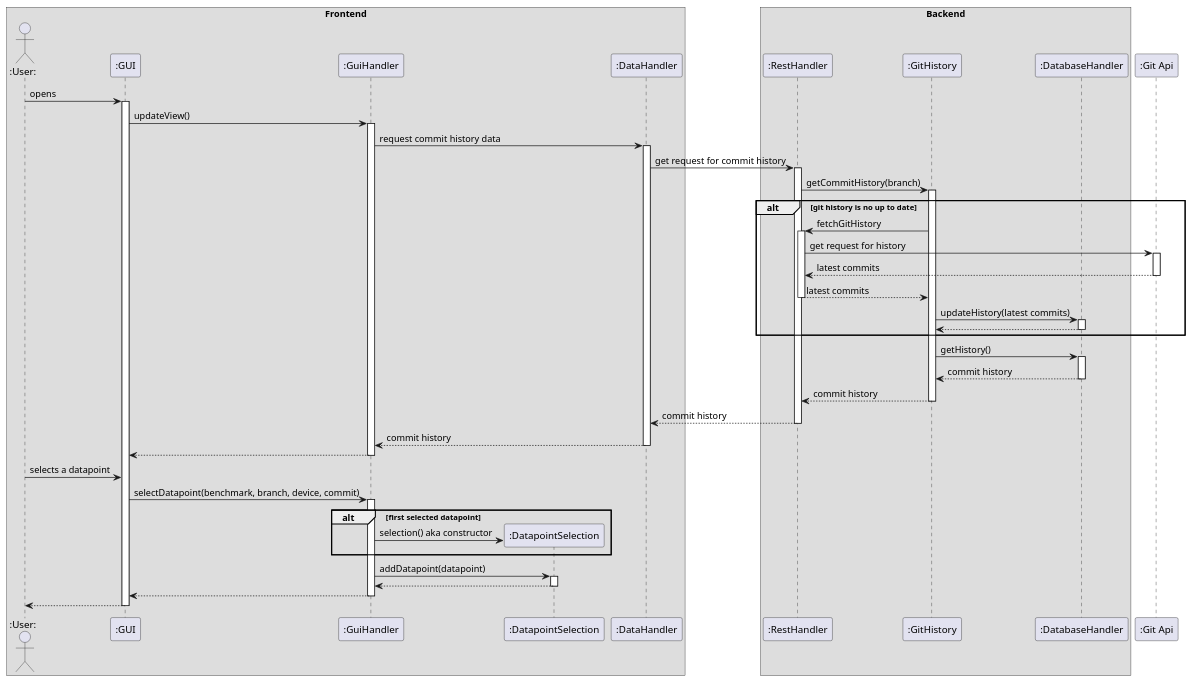
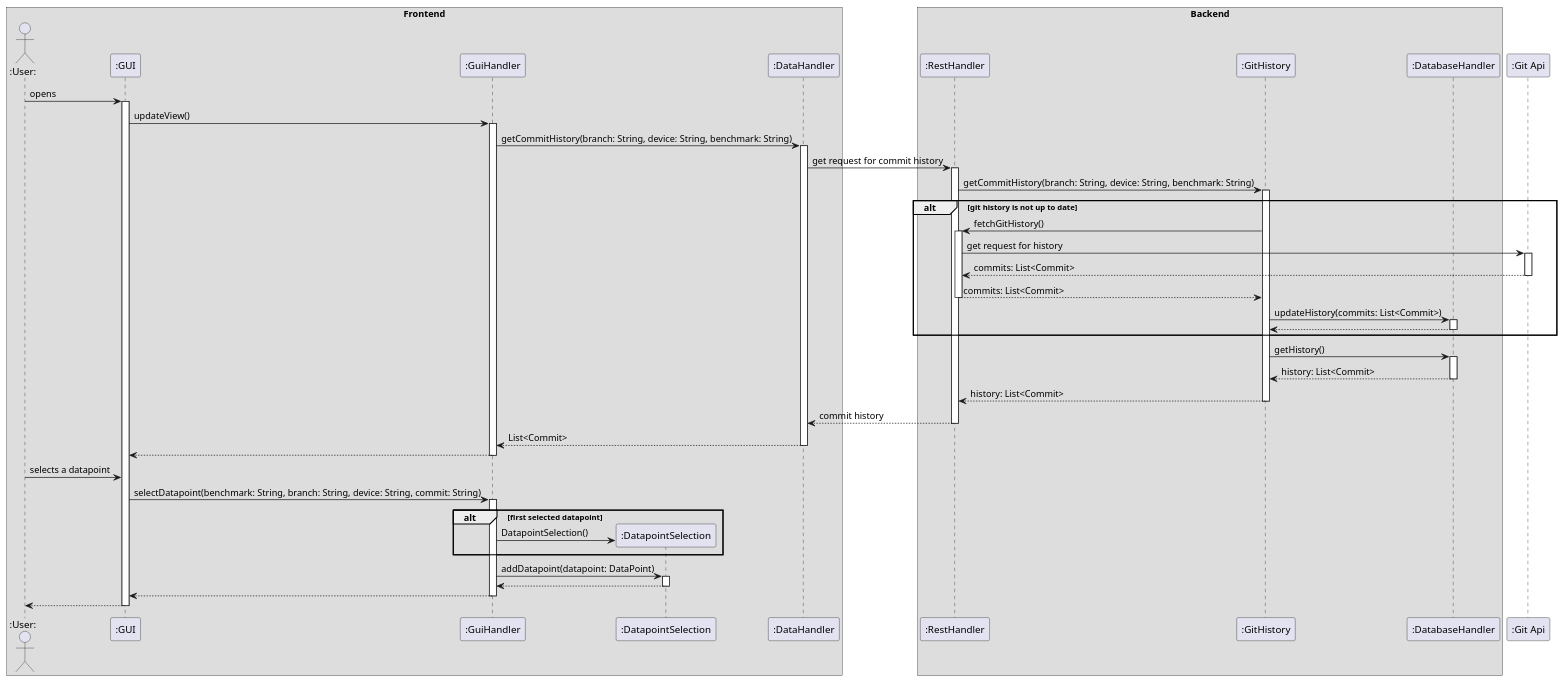
One commit to pse-parkview/Parkview changed the diagram in Design/plantuml/FR1.puml. Above: the diagram before and after it, drawn with PlantUML.

Commit message:
adds function names with paramters to calls

```diff
--- a/Design/plantuml/FR1.puml
+++ b/Design/plantuml/FR1.puml
@@ -1,60 +1,58 @@
 @startuml FR1
 
-'i shouldn't name everything SomethingHandler
 box "Frontend"
 actor ":User:" as ted
 participant ":GUI" as gui
 participant ":GuiHandler" as gh
 participant ":DatapointSelection" as selection
 participant ":DataHandler" as dh
 end box
 
 box "Backend"
 participant ":RestHandler" as rh
 participant ":GitHistory" as ghist
 participant ":DatabaseHandler" as datah
 end box
 
-'i don't know how to represent an api in a sequence diagram
 participant ":Git Api" as gitapi
 
 ted -> gui ++: opens
 
 gui -> gh ++: updateView()
-gh -> dh ++: request commit history data
+gh -> dh ++: getCommitHistory(branch: String, device: String, benchmark: String)
 dh -> rh ++: get request for commit history
-rh -> ghist ++: getCommitHistory(branch)
+rh -> ghist ++: getCommitHistory(branch: String, device: String, benchmark: String)
 
-alt git history is no up to date
-  ghist -> rh ++: fetchGitHistory
+alt git history is not up to date
+  ghist -> rh ++: fetchGitHistory()
   rh -> gitapi ++: get request for history
-  gitapi --> rh --: latest commits
-  rh --> ghist --: latest commits
-  ghist -> datah ++: updateHistory(latest commits)
+  gitapi --> rh --: commits: List<Commit>
+  rh --> ghist --: commits: List<Commit>
+  ghist -> datah ++: updateHistory(commits: List<Commit>)
   datah --> ghist --:
   end
 
 ghist -> datah ++: getHistory()
-datah --> ghist --: commit history
+datah --> ghist --: history: List<Commit>
 
-ghist --> rh --: commit history
+ghist --> rh --: history: List<Commit>
 rh --> dh --: commit history
-dh --> gh --: commit history
+dh --> gh --: List<Commit>
 gh --> gui --:
 
 
 
 ted -> gui: selects a datapoint
-gui -> gh ++: selectDatapoint(benchmark, branch, device, commit)
+gui -> gh ++: selectDatapoint(benchmark: String, branch: String, device: String, commit: String)
 
 alt first selected datapoint
   create selection
-  gh -> selection : selection() aka constructor
+  gh -> selection : DatapointSelection()
   end
 
-gh -> selection ++: addDatapoint(datapoint)
+gh -> selection ++: addDatapoint(datapoint: DataPoint)
 selection --> gh --:
 gh --> gui --:
 gui --> ted --:
 
 @enduml
```
